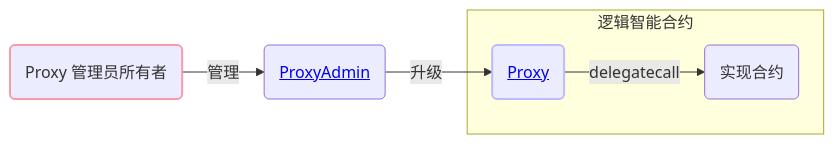
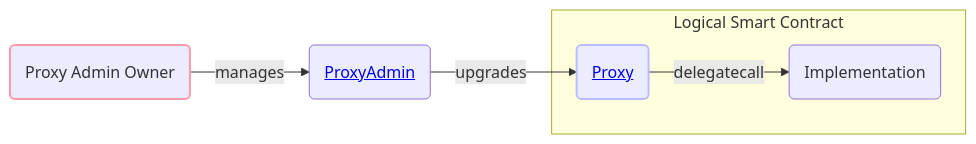
The third of 4 diagrams in layer2/optimism/optimism-codebase-protocol-overview.md (ywy2090/deep-into-solidity), drawn with Mermaid before and after one commit. The commit also changed other lines of this file and 1 other file, not shown here.

````diff
--- a/layer2/optimism/optimism-codebase-protocol-overview.md
+++ b/layer2/optimism/optimism-codebase-protocol-overview.md
@@ -236,19 +236,19 @@
 ```mermaid
 graph LR
-    ProxyAdminOwner(Proxy 管理员所有者)
+    ProxyAdminOwner(Proxy Admin Owner)
     ProxyAdmin(<a href="https://github.com/ethereum-optimism/optimism/blob/develop/packages/contracts-bedrock/src/universal/ProxyAdmin.sol">ProxyAdmin</a>)
 
-    subgraph "逻辑智能合约"
+    subgraph "Logical Smart Contract"
         Proxy(<a href="https://github.com/ethereum-optimism/optimism/blob/develop/packages/contracts-bedrock/src/universal/Proxy.sol">Proxy</a>)
-        Implementation(实现合约)
+        Implementation(Implementation)
     end
 
-    ProxyAdminOwner -->|管理| ProxyAdmin
-    ProxyAdmin -->|升级| Proxy
+    ProxyAdminOwner -->|manages| ProxyAdmin
+    ProxyAdmin -->|upgrades| Proxy
     Proxy -->|delegatecall| Implementation
 
     classDef l1Contracts stroke:#bbf,stroke-width:2px;
     classDef systemUser stroke:#f9a,stroke-width:2px;
     class Proxy l1Contracts;
     class ProxyAdminOwner systemUser;
 ```
````
